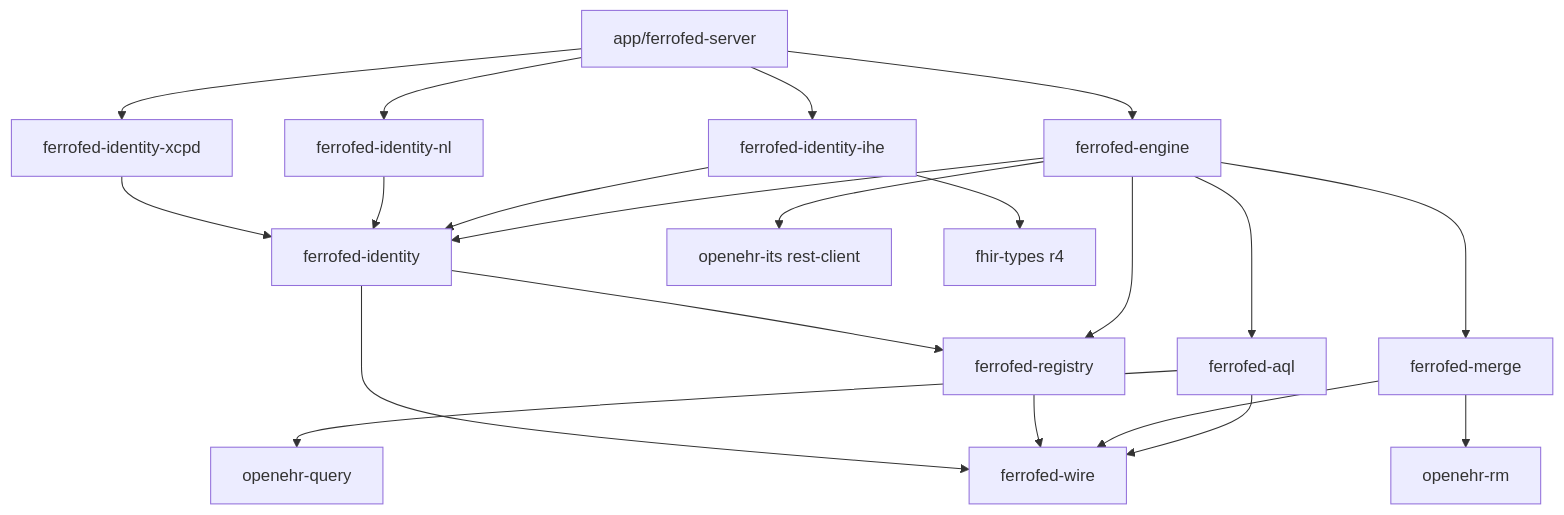
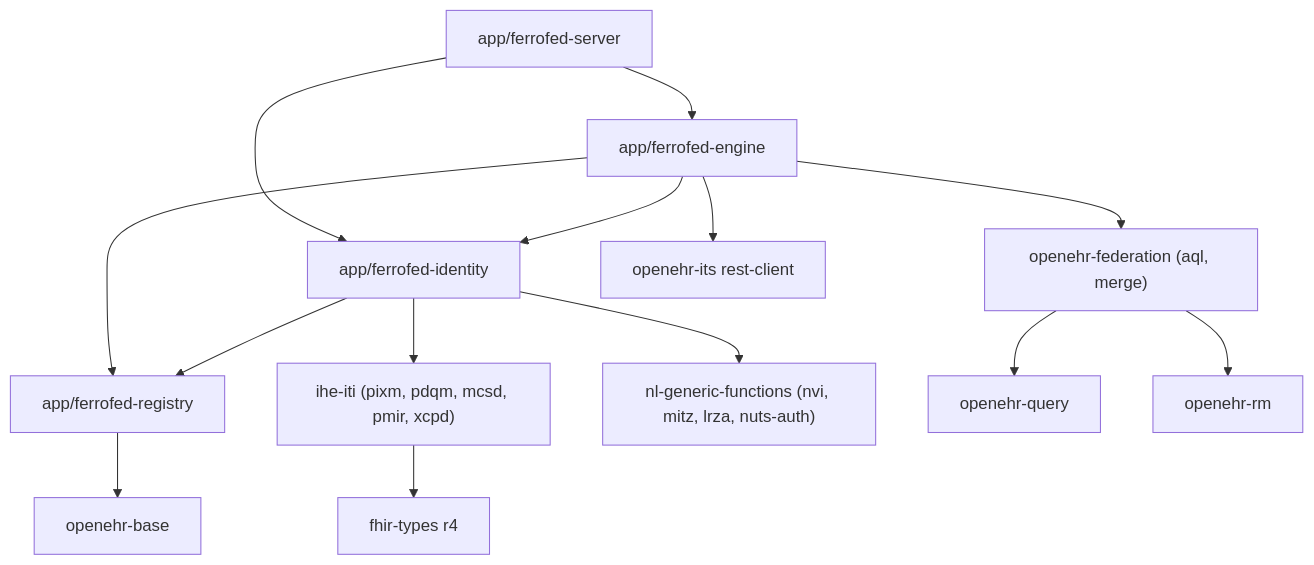
One commit to FerroHEALTH/FerroFED changed the fourth of 4 diagrams in docs/architecture.md. Above: the diagram before and after it, drawn with Mermaid. The commit also changed other lines of this file and 129 other files, not shown here.

````diff
--- a/docs/architecture.md
+++ b/docs/architecture.md
@@ -1085,23 +1091,16 @@
 ```mermaid
 flowchart TD
-    server["app/ferrofed-server"] --> engine["ferrofed-engine"]
-    server --> ihe["ferrofed-identity-ihe"]
-    server --> nl["ferrofed-identity-nl"]
-    server --> xcpd["ferrofed-identity-xcpd"]
-    engine --> aql["ferrofed-aql"]
-    engine --> merge["ferrofed-merge"]
-    engine --> registry["ferrofed-registry"]
-    engine --> identity["ferrofed-identity"]
-    ihe --> identity
-    nl --> identity
-    xcpd --> identity
-    aql --> wire["ferrofed-wire"]
-    merge --> wire
-    registry --> wire
+    server["app/ferrofed-server"] --> engine["app/ferrofed-engine"]
+    server --> identity["app/ferrofed-identity"]
+    engine --> federation["openehr-federation (aql, merge)"]
+    engine --> registry["app/ferrofed-registry"]
+    engine --> identity
     identity --> registry
-    identity --> wire
+    identity --> iti["ihe-iti (pixm, pdqm, mcsd, pmir, xcpd)"]
+    identity --> nlgf["nl-generic-functions (nvi, mitz, lrza, nuts-auth)"]
     engine --> its["openehr-its rest-client"]
-    aql --> query["openehr-query"]
-    merge --> rm["openehr-rm"]
-    ihe --> fhir["fhir-types r4"]
+    federation --> query["openehr-query"]
+    federation --> rm["openehr-rm"]
+    registry --> base["openehr-base"]
+    iti --> fhir["fhir-types r4"]
 ```
````
